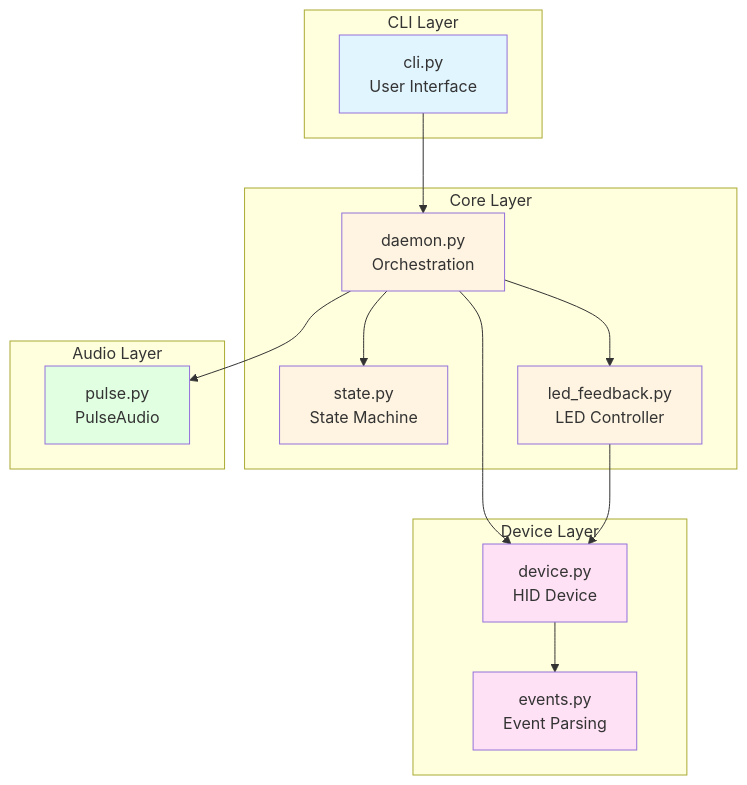
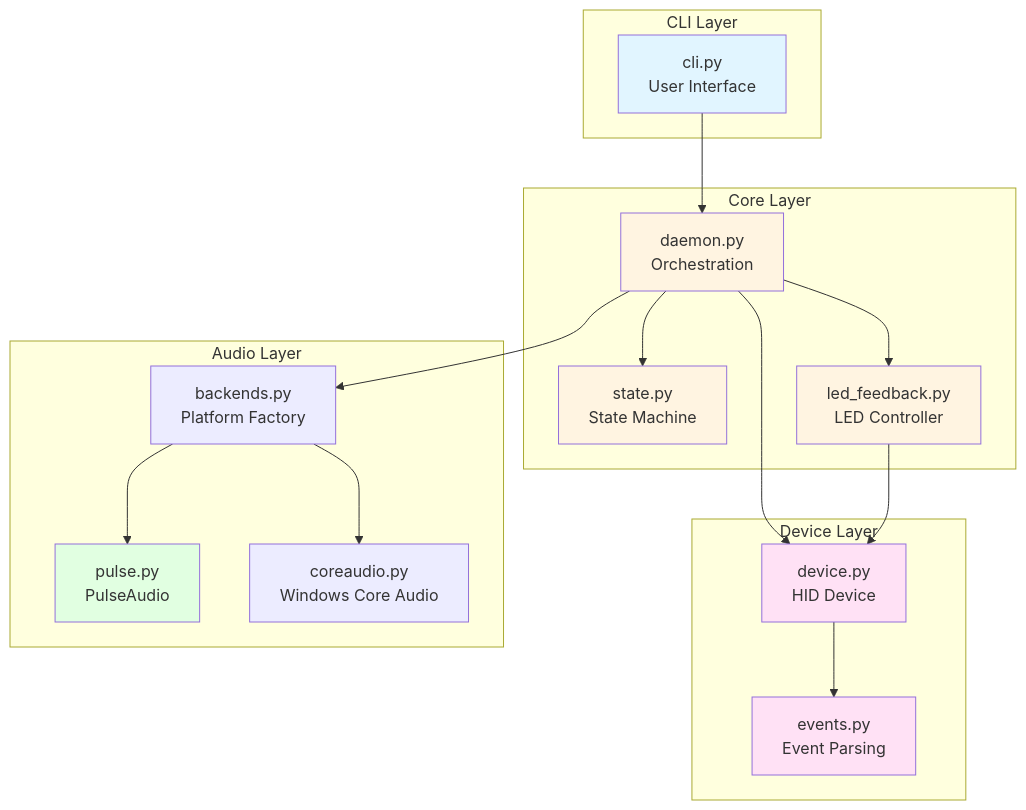
Before and after one commit to ryderstorm/muteme-button-control-linux: the first of 3 diagrams in docs/ARCHITECTURE.md, drawn with Mermaid. The commit also changed other lines of this file and 12 other files, not shown here.

First line of the commit message:
feat(windows): scaffold platform backends

````diff
--- a/docs/ARCHITECTURE.md
+++ b/docs/ARCHITECTURE.md
@@ -56,37 +58,41 @@
 ```mermaid
 graph TB
     subgraph "CLI Layer"
         CLI[cli.py<br/>User Interface]
     end
 
     subgraph "Core Layer"
         DAEMON[daemon.py<br/>Orchestration]
         STATE[state.py<br/>State Machine]
         LED[led_feedback.py<br/>LED Controller]
     end
 
     subgraph "Device Layer"
         DEVICE[device.py<br/>HID Device]
         EVENTS[events.py<br/>Event Parsing]
     end
 
     subgraph "Audio Layer"
+        BACKENDS[backends.py<br/>Platform Factory]
         PULSE[pulse.py<br/>PulseAudio]
+        COREAUDIO[coreaudio.py<br/>Windows Core Audio]
     end
 
     CLI --> DAEMON
     DAEMON --> STATE
     DAEMON --> LED
     DAEMON --> DEVICE
-    DAEMON --> PULSE
+    DAEMON --> BACKENDS
+    BACKENDS --> PULSE
+    BACKENDS --> COREAUDIO
     DEVICE --> EVENTS
     LED --> DEVICE
 
     style CLI fill:#e1f5ff
     style DAEMON fill:#fff4e1
     style STATE fill:#fff4e1
     style LED fill:#fff4e1
     style DEVICE fill:#ffe1f5
     style EVENTS fill:#ffe1f5
     style PULSE fill:#e1ffe1
 ```
````
